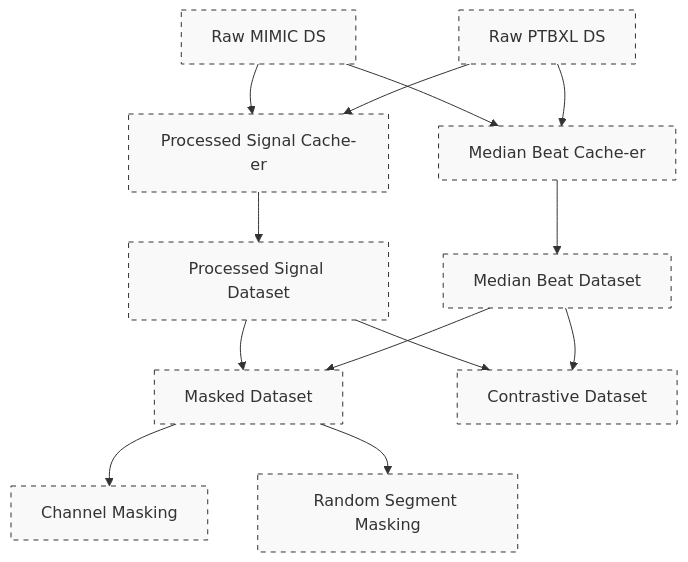
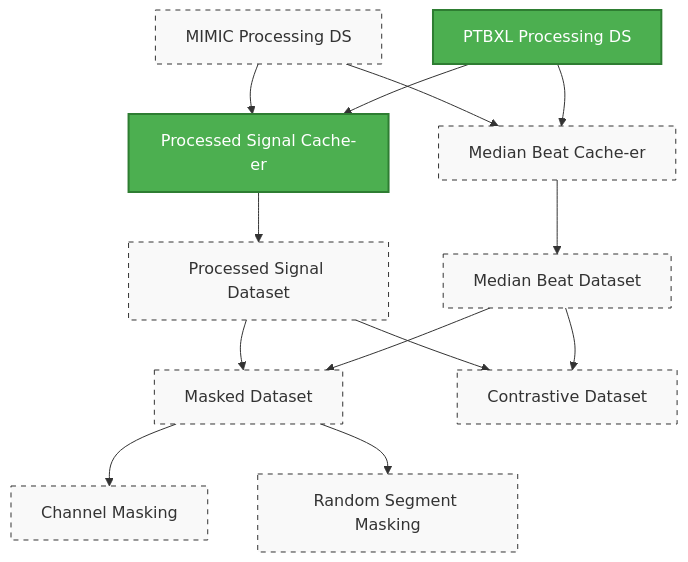
One commit to isears/ekg-data changed the diagram in ROADMAP.md. Above: the diagram before and after it, drawn with Mermaid. The commit also changed 6 other files, not shown here.

Commit message:
Processed signal caching script

````diff
--- a/ROADMAP.md
+++ b/ROADMAP.md
@@ -4,33 +4,33 @@
 ```mermaid
 graph TD
   %% Define Styles
   classDef complete fill:#4CAF50,stroke:#2E7D32,stroke-width:2px,color:#fff;
   classDef incomplete fill:#f9f9f9,stroke:#333,stroke-dasharray: 5 5;
 
   %% Nodes
-  A[Raw MIMIC DS]:::incomplete
-  B[Raw PTBXL DS]:::incomplete
-  C[Processed Signal Cache-er]:::incomplete
+  A[MIMIC Processing DS]:::incomplete
+  B[PTBXL Processing DS]:::complete
+  C[Processed Signal Cache-er]:::complete
   D[Processed Signal Dataset]:::incomplete
   E[Median Beat Cache-er]:::incomplete
   F[Median Beat Dataset]:::incomplete
   G[Masked Dataset]:::incomplete
   H[Channel Masking]:::incomplete
   I[Random Segment Masking]:::incomplete
   J[Contrastive Dataset]:::incomplete
 
   A --> C
   B --> C
   C --> D
   A --> E
   B --> E
   E --> F
   D --> G
   F --> G
   G --> H
   G --> I
   D --> J
   F --> J
 
 
 ```
````
